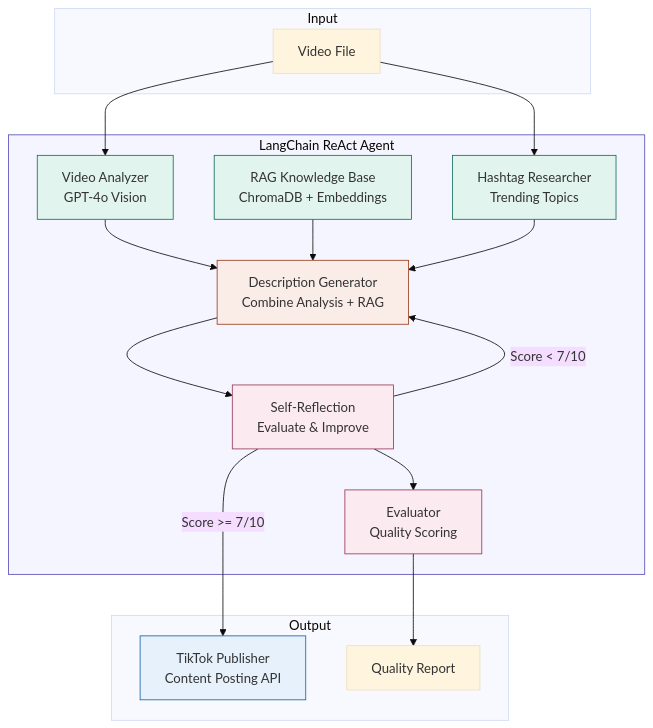
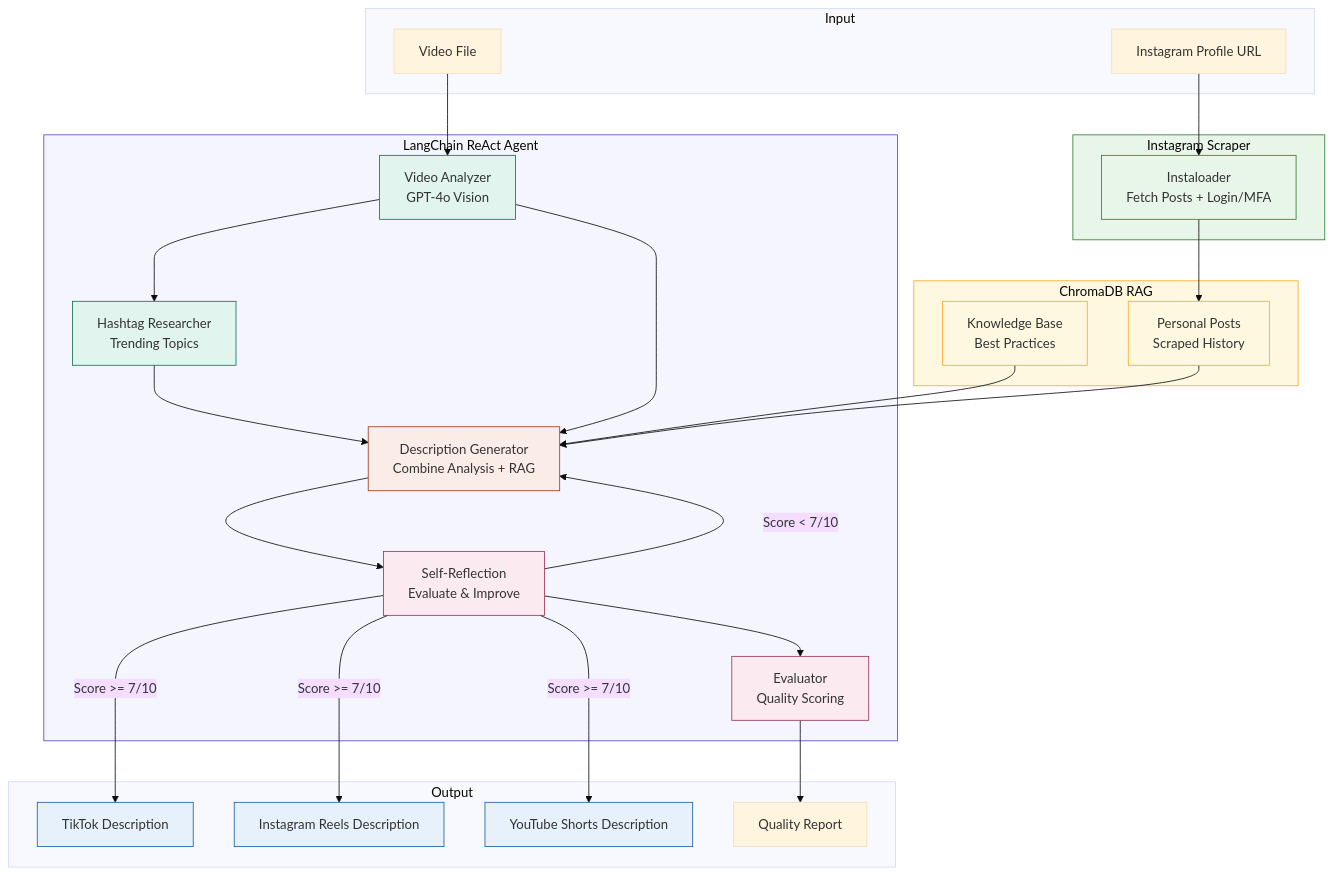
One commit to shami13/CiklumAIAcademyCapstone changed the diagram in architecture.mmd. Above: the diagram before and after it, drawn with Mermaid (base theme). The commit also changed 7 other files, not shown here.

```diff
--- a/architecture.mmd
+++ b/architecture.mmd
@@ -1,38 +1,61 @@
 graph TB
     subgraph Input
         V[Video File]
+        IG[Instagram Profile URL]
+    end
+
+    subgraph Scraping["Instagram Scraper"]
+        IS[Instaloader<br/>Fetch Posts + Login/MFA]
     end
 
     subgraph Agent["LangChain ReAct Agent"]
         VA[Video Analyzer<br/>GPT-4o Vision]
-        RAG[RAG Knowledge Base<br/>ChromaDB + Embeddings]
         HR[Hashtag Researcher<br/>Trending Topics]
         DG[Description Generator<br/>Combine Analysis + RAG]
         SR[Self-Reflection<br/>Evaluate & Improve]
         EV[Evaluator<br/>Quality Scoring]
     end
 
+    subgraph RAGStore["ChromaDB RAG"]
+        KB[Knowledge Base<br/>Best Practices]
+        PP[Personal Posts<br/>Scraped History]
+    end
+
     subgraph Output
-        TP[TikTok Publisher<br/>Content Posting API]
+        TK[TikTok Description]
+        RL[Instagram Reels Description]
+        YT[YouTube Shorts Description]
         RPT[Quality Report]
     end
 
+    IG --> IS
+    IS --> PP
+
     V --> VA
-    V --> HR
+    VA --> HR
     VA --> DG
-    RAG --> DG
+    KB --> DG
+    PP --> DG
     HR --> DG
     DG --> SR
     SR -->|Score < 7/10| DG
-    SR -->|Score >= 7/10| TP
+    SR -->|Score >= 7/10| TK
+    SR -->|Score >= 7/10| RL
+    SR -->|Score >= 7/10| YT
     SR --> EV
     EV --> RPT
 
     style Agent fill:#f5f5ff,stroke:#534AB7
+    style RAGStore fill:#FFF8E1,stroke:#F9A825
+    style Scraping fill:#E8F5E9,stroke:#2E7D32
     style VA fill:#E1F5EE,stroke:#0F6E56
-    style RAG fill:#E1F5EE,stroke:#0F6E56
     style HR fill:#E1F5EE,stroke:#0F6E56
     style DG fill:#FAECE7,stroke:#993C1D
     style SR fill:#FBEAF0,stroke:#993556
     style EV fill:#FBEAF0,stroke:#993556
-    style TP fill:#E6F1FB,stroke:#185FA5
+    style KB fill:#FFF8E1,stroke:#F9A825
+    style PP fill:#FFF8E1,stroke:#F9A825
+    style IS fill:#E8F5E9,stroke:#2E7D32
+    style TK fill:#E6F1FB,stroke:#185FA5
+    style RL fill:#E6F1FB,stroke:#185FA5
+    style YT fill:#E6F1FB,stroke:#185FA5
```
